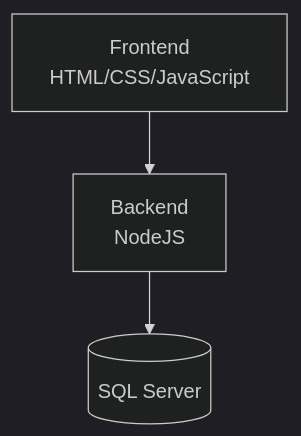
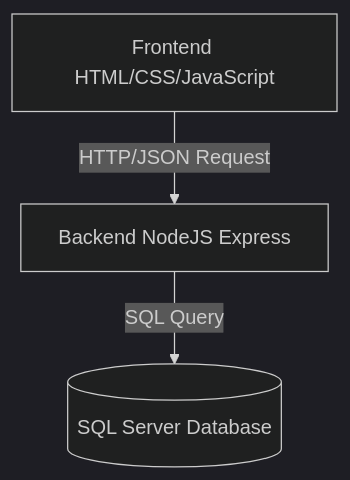
Before and after one commit to anhngocto-prog/He-thong-quan-ly-va-theo-doi-tien-do-cong-viec-ca-nhan: the fifth of 5 diagrams in ANALYSIS.md, drawn with Mermaid (dark theme). The commit also changed other lines of this file, not shown here.

````diff
--- a/ANALYSIS.md
+++ b/ANALYSIS.md
@@ -187,9 +173,9 @@
 ```mermaid
 graph TD
-    A[Frontend<br>HTML/CSS/JavaScript]
-    B[Backend<br>NodeJS]
-    C[(SQL Server)]
+    A[Frontend HTML/CSS/JavaScript]
+    B[Backend NodeJS Express]
+    C[(SQL Server Database)]
 
-    A --> B
-    B --> C
+    A -- HTTP/JSON Request --> B
+    B -- SQL Query --> C
 ```
````
